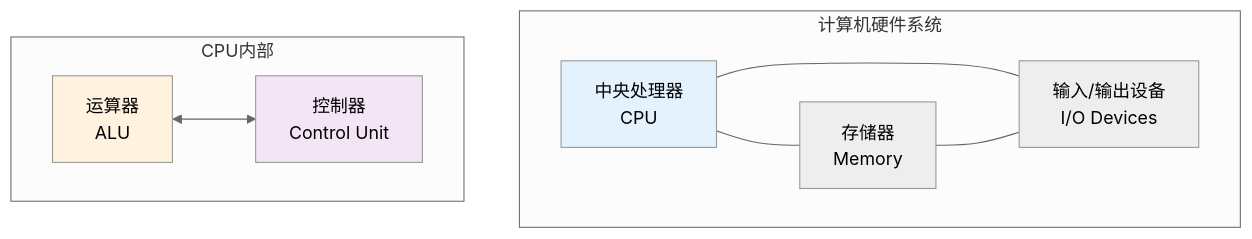
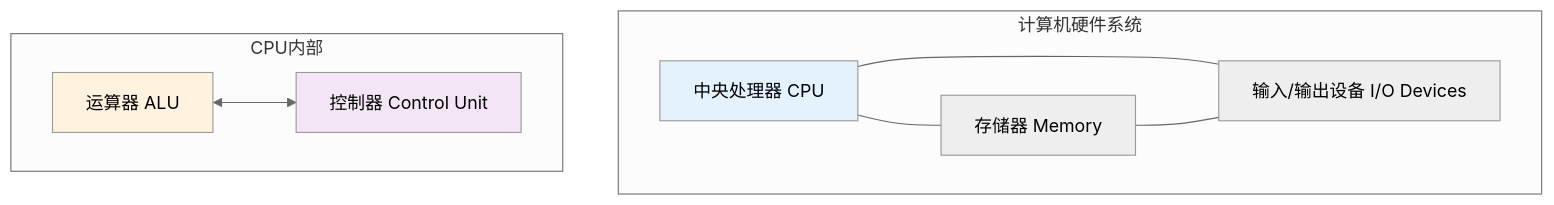
The second of 4 diagrams in 计算机组成原理/notes/章节笔记/第1章-计算机系统概述/第1章-计算机系统概述.md (gilismael826-lgtm/course), drawn with Mermaid (neutral theme) before and after one commit. The commit also changed other lines of this file and 28 other files, not shown here.

````diff
--- a/计算机组成原理/notes/章节笔记/第1章-计算机系统概述/第1章-计算机系统概述.md
+++ b/计算机组成原理/notes/章节笔记/第1章-计算机系统概述/第1章-计算机系统概述.md
@@ -94,23 +94,23 @@
 ```mermaid
 flowchart TB
     subgraph 计算机硬件系统
-        CPU[中央处理器<br/>CPU]
-        MEM[存储器<br/>Memory]
-        IO[输入/输出设备<br/>I/O Devices]
+        CPU[中央处理器 CPU]
+        MEM[存储器 Memory]
+        IO[输入/输出设备 I/O Devices]
     end
     
     subgraph CPU内部
-        ALU[运算器<br/>ALU]
-        CU[控制器<br/>Control Unit]
+        ALU[运算器 ALU]
+        CU[控制器 Control Unit]
     end
     
     CPU --- MEM
     CPU --- IO
     MEM --- IO
     
     ALU <--> CU
     
     style CPU fill:#e3f2fd
     style ALU fill:#fff3e0
     style CU fill:#f3e5f5
 ```
````
